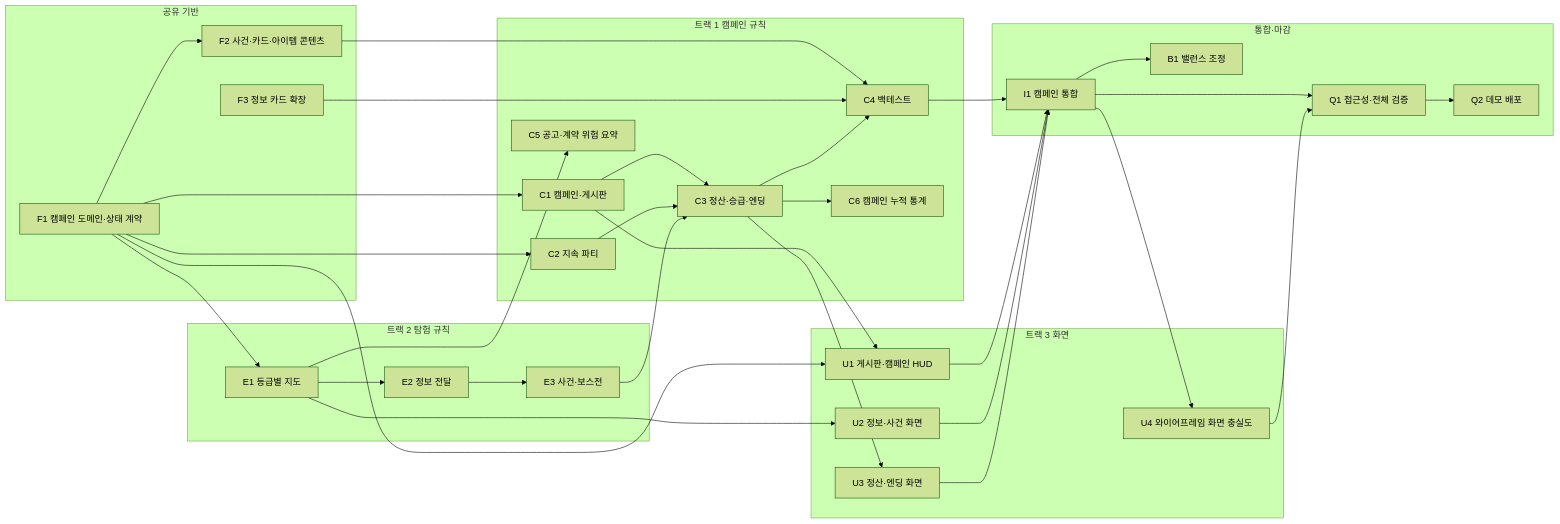
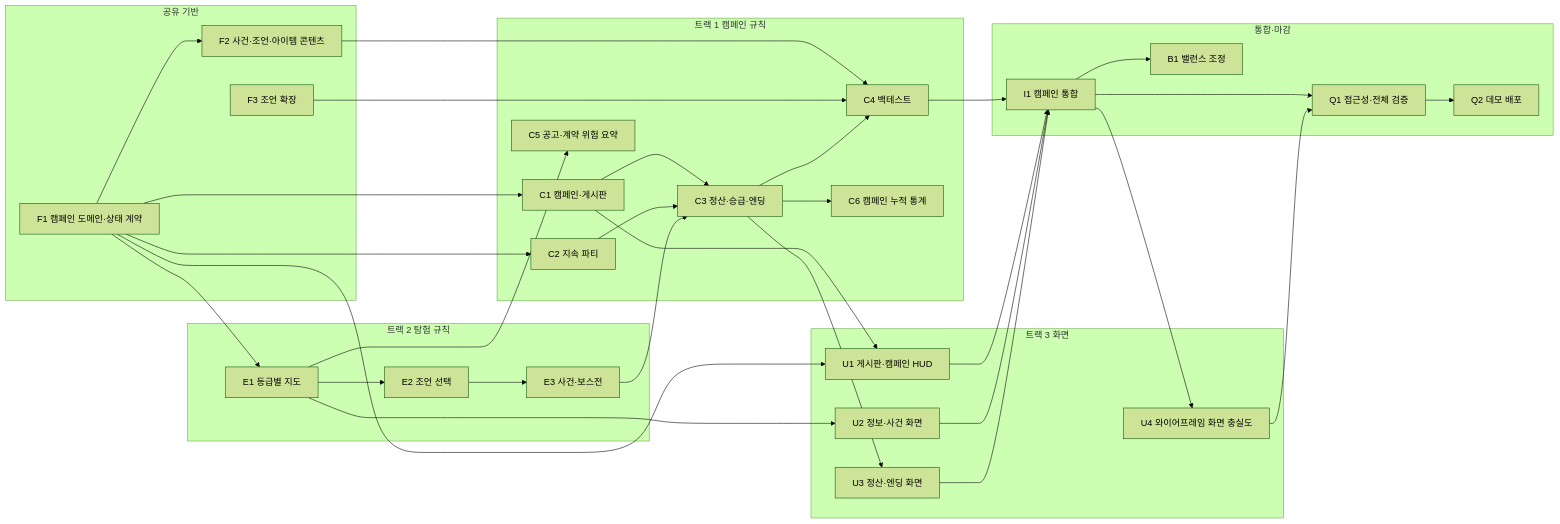
The diagram in docs/technical/PROTOTYPE_WORK_ASSIGNMENT.md (LatteBun/Dungeon_Schemer), drawn with Mermaid (forest theme) before and after one commit. The commit also changed other lines of this file and 3 other files, not shown here.

````diff
--- a/docs/technical/PROTOTYPE_WORK_ASSIGNMENT.md
+++ b/docs/technical/PROTOTYPE_WORK_ASSIGNMENT.md
@@ -63,50 +63,50 @@
 ```mermaid
 graph LR
   subgraph L0["공유 기반"]
     F1["F1 캠페인 도메인·상태 계약"]
-    F2["F2 사건·카드·아이템 콘텐츠"]
-    F3["F3 정보 카드 확장"]
+    F2["F2 사건·조언·아이템 콘텐츠"]
+    F3["F3 조언 확장"]
   end
   subgraph T1["트랙 1 캠페인 규칙"]
     C1["C1 캠페인·게시판"]
     C2["C2 지속 파티"]
     C3["C3 정산·승급·엔딩"]
     C4["C4 백테스트"]
     C5["C5 공고·계약 위험 요약"]
     C6["C6 캠페인 누적 통계"]
   end
   subgraph T2["트랙 2 탐험 규칙"]
     E1["E1 등급별 지도"]
-    E2["E2 정보 전달"]
+    E2["E2 조언 선택"]
     E3["E3 사건·보스전"]
   end
   subgraph T3["트랙 3 화면"]
     U1["U1 게시판·캠페인 HUD"]
     U2["U2 정보·사건 화면"]
     U3["U3 정산·엔딩 화면"]
     U4["U4 와이어프레임 화면 충실도"]
   end
   subgraph L4["통합·마감"]
     I1["I1 캠페인 통합"]
     B1["B1 밸런스 조정"]
     Q1["Q1 접근성·전체 검증"]
     Q2["Q2 데모 배포"]
   end
 
   F1 --> C1 & C2 & E1 & F2 & U1
   F2 --> C4
   F3 --> C4
   C1 --> C3 & U1
   C2 --> C3
   E1 --> E2 & U2 & C5
   E2 --> E3
   E3 --> C3
   C3 --> C4 & U3 & C6
   C4 --> I1
   U1 --> I1
   U2 --> I1
   U3 --> I1
   I1 --> Q1 & U4 & B1
   U4 --> Q1
   Q1 --> Q2
 ```
````
